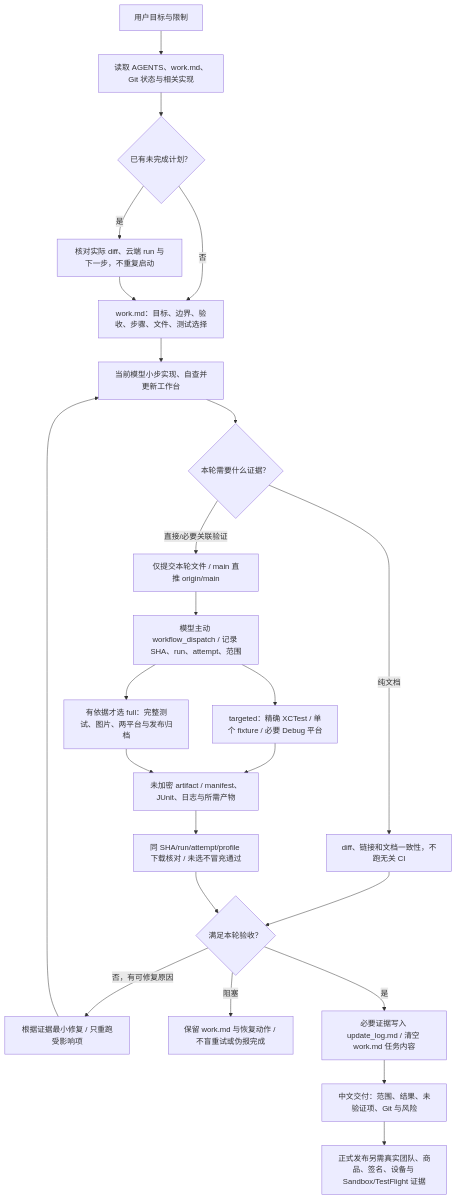
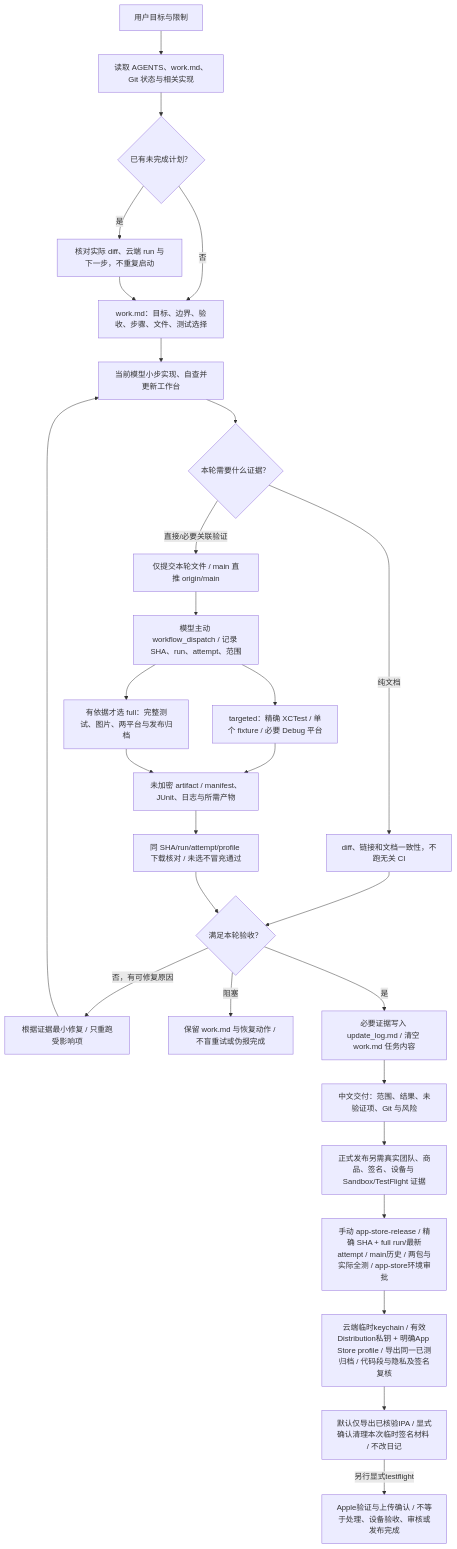
One commit to Altman-sam114/117 changed the fourth of 4 diagrams in md/flow/flowchart.md. Above: the diagram before and after it, drawn with Mermaid. The commit also changed 8 other files, not shown here.

````diff
--- a/md/flow/flowchart.md
+++ b/md/flow/flowchart.md
@@ -75,26 +75,30 @@
 ```mermaid
 flowchart TD
   User["用户目标与限制"] --> Read["读取 AGENTS、work.md、Git 状态与相关实现"]
   Read --> Recover{"已有未完成计划？"}
   Recover -- "是" --> VerifyState["核对实际 diff、云端 run 与下一步，不重复启动"]
   Recover -- "否" --> Plan["work.md：目标、边界、验收、步骤、文件、测试选择"]
   VerifyState --> Plan
   Plan --> Develop["当前模型小步实现、自查并更新工作台"]
   Develop --> Scope{"本轮需要什么证据？"}
   Scope -- "纯文档" --> Static["diff、链接和文档一致性，不跑无关 CI"]
   Scope -- "直接/必要关联验证" --> Push["仅提交本轮文件 / main 直推 origin/main"]
   Push --> Dispatch["模型主动 workflow_dispatch / 记录 SHA、run、attempt、范围"]
   Dispatch --> Targeted["targeted：精确 XCTest / 单个 fixture / 必要 Debug 平台"]
   Dispatch --> Full["有依据才选 full：完整测试、图片、两平台与发布归档"]
   Targeted --> Artifacts["未加密 artifact / manifest、JUnit、日志与所需产物"]
   Full --> Artifacts
   Artifacts --> Review["同 SHA/run/attempt/profile 下载核对 / 未选不冒充通过"]
   Static --> Accept{"满足本轮验收？"}
   Review --> Accept
   Accept -- "否，有可修复原因" --> Fix["根据证据最小修复 / 只重跑受影响项"]
   Fix --> Develop
   Accept -- "阻塞" --> Blocked["保留 work.md 与恢复动作 / 不盲重试或伪报完成"]
   Accept -- "是" --> Log["必要证据写入 update_log.md / 清空 work.md 任务内容"]
   Log --> Deliver["中文交付：范围、结果、未验证项、Git 与风险"]
   Deliver --> Publish["正式发布另需真实团队、商品、签名、设备与 Sandbox/TestFlight 证据"]
+  Publish --> ReleaseGate["手动 app-store-release / 精确 SHA + full run/最新attempt / main历史 / 两包与实际全测 / app-store环境审批"]
+  ReleaseGate --> Signed["云端临时keychain / 有效Distribution私钥 + 明确App Store profile / 导出同一已测归档 / 代码段与隐私及签名复核"]
+  Signed --> IPA["默认仅导出已核验IPA / 显式确认清理本次临时签名材料 / 不改日记"]
+  IPA -- "另行显式testflight" --> Apple["Apple验证与上传确认 / 不等于处理、设备验收、审核或发布完成"]
 ```
````
